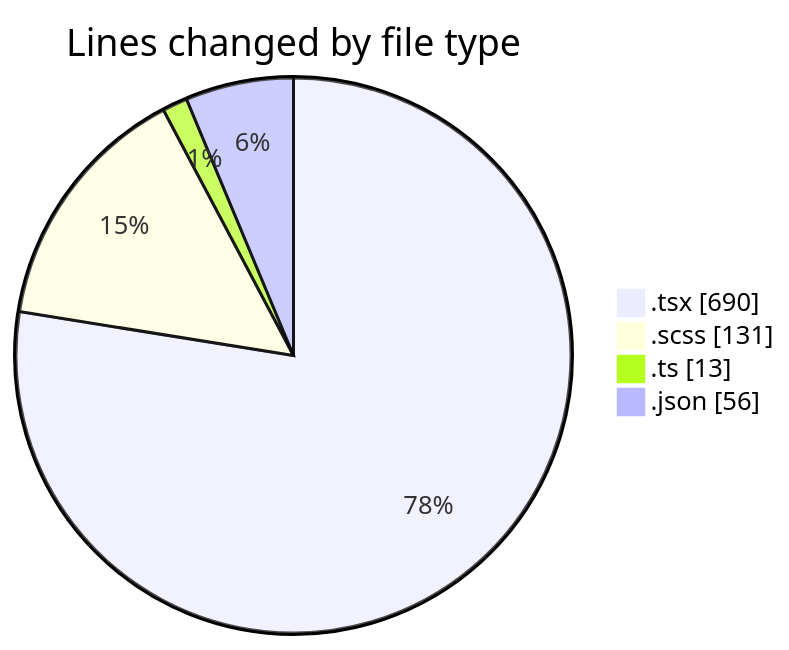
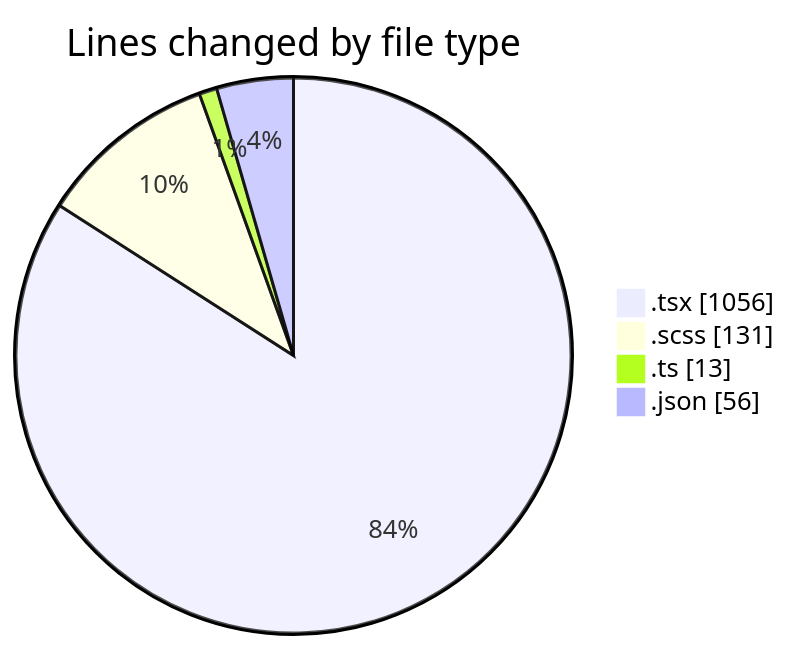
The first of 2 diagrams in 2026-10-30/cda/README.md (momahboobian/code-tracking), drawn with Mermaid before and after one commit. The commit also changed other lines of this file and 1 other file, not shown here.

````diff
--- a/2026-10-30/cda/README.md
+++ b/2026-10-30/cda/README.md
@@ -31,8 +32,8 @@
 ```mermaid
 pie showData
 title Lines changed by file type
-".tsx" : 690
+".tsx" : 1056
 ".scss" : 131
 ".ts" : 13
 ".json" : 56
 ```
````
